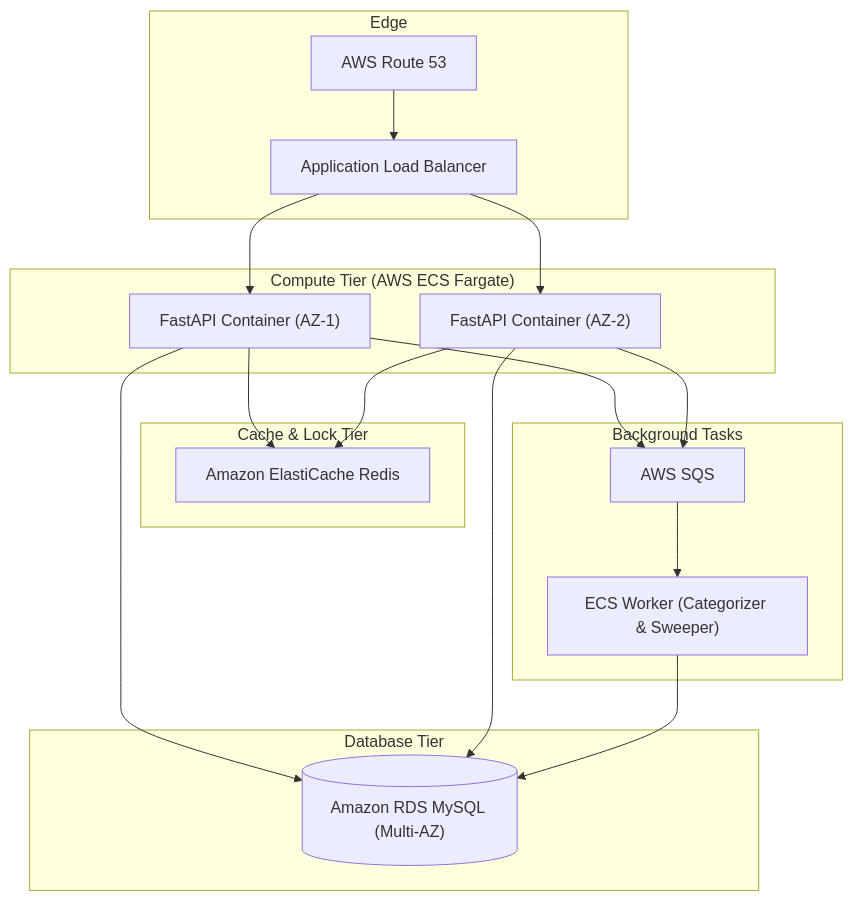
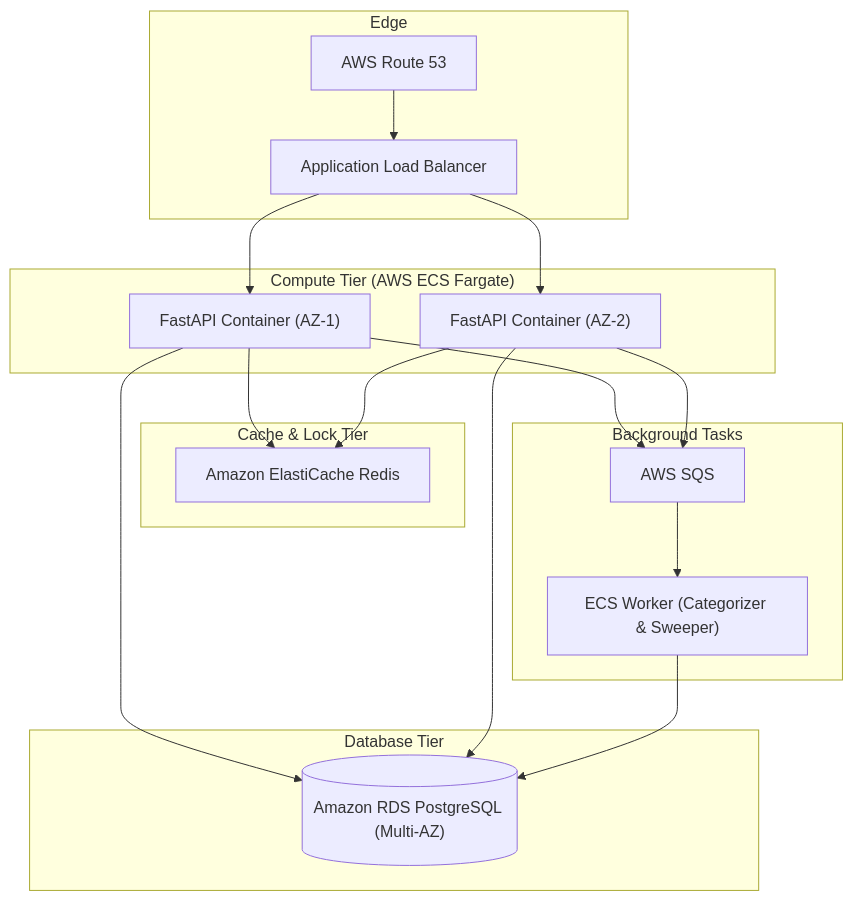
The third of 7 diagrams in docs/SCALING_ARCHITECTURE.md (bikash-20/ML-fraud-detection-ai-fintech-platform), drawn with Mermaid before and after one commit. The commit also changed other lines of this file and 1 other file, not shown here.

Commit message:
docs(scaling): replace MySQL with PostgreSQL as primary production database strategy

````diff
--- a/docs/SCALING_ARCHITECTURE.md
+++ b/docs/SCALING_ARCHITECTURE.md
@@ -156,33 +156,33 @@
 ```mermaid
 flowchart TD
     subgraph Edge["Edge"]
         Route53["AWS Route 53"]
         ALB["Application Load Balancer"]
     end
 
     subgraph Containers["Compute Tier (AWS ECS Fargate)"]
         API_A["FastAPI Container (AZ-1)"]
         API_B["FastAPI Container (AZ-2)"]
     end
 
     subgraph Caching["Cache & Lock Tier"]
         Redis["Amazon ElastiCache Redis"]
     end
 
     subgraph DB["Database Tier"]
-        RDS_Main[("Amazon RDS MySQL (Multi-AZ)")]
+        RDS_Main[("Amazon RDS PostgreSQL (Multi-AZ)")]
     end
 
     subgraph Workers["Background Tasks"]
         SQS["AWS SQS"]
         Worker["ECS Worker (Categorizer & Sweeper)"]
     end
 
     Route53 --> ALB
     ALB --> API_A & API_B
     API_A & API_B --> Redis
     API_A & API_B --> RDS_Main
     API_A & API_B --> SQS
     SQS --> Worker
     Worker --> RDS_Main
 ```
````
